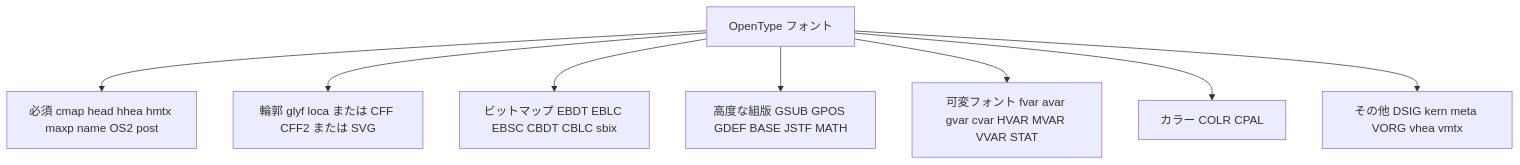
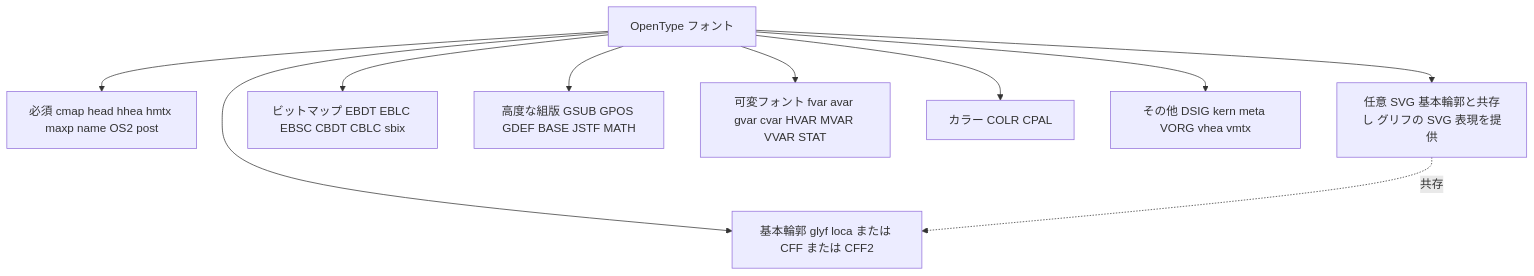
Before and after one commit to myoshi2891/Quality-Assurance-Studies: the fifth of 11 diagrams in Iso-iec-14496-22-2026-beginner-guide.md, drawn with Mermaid. The commit also changed other lines of this file, not shown here.

````diff
--- a/Iso-iec-14496-22-2026-beginner-guide.md
+++ b/Iso-iec-14496-22-2026-beginner-guide.md
@@ -379,10 +379,12 @@
 ```mermaid
 flowchart TD
     FONT["OpenType フォント"] --> REQ["必須 cmap head hhea hmtx maxp name OS2 post"]
-    FONT --> OUT["輪郭 glyf loca または CFF CFF2 または SVG"]
+    FONT --> OUT["基本輪郭 glyf loca または CFF または CFF2"]
+    FONT --> SVGT["任意 SVG 基本輪郭と共存し グリフの SVG 表現を提供"]
+    SVGT -.->|共存| OUT
     FONT --> BMP["ビットマップ EBDT EBLC EBSC CBDT CBLC sbix"]
     FONT --> LAY["高度な組版 GSUB GPOS GDEF BASE JSTF MATH"]
     FONT --> VAR["可変フォント fvar avar gvar cvar HVAR MVAR VVAR STAT"]
     FONT --> COL["カラー COLR CPAL"]
     FONT --> ETC["その他 DSIG kern meta VORG vhea vmtx"]
 ```
````
